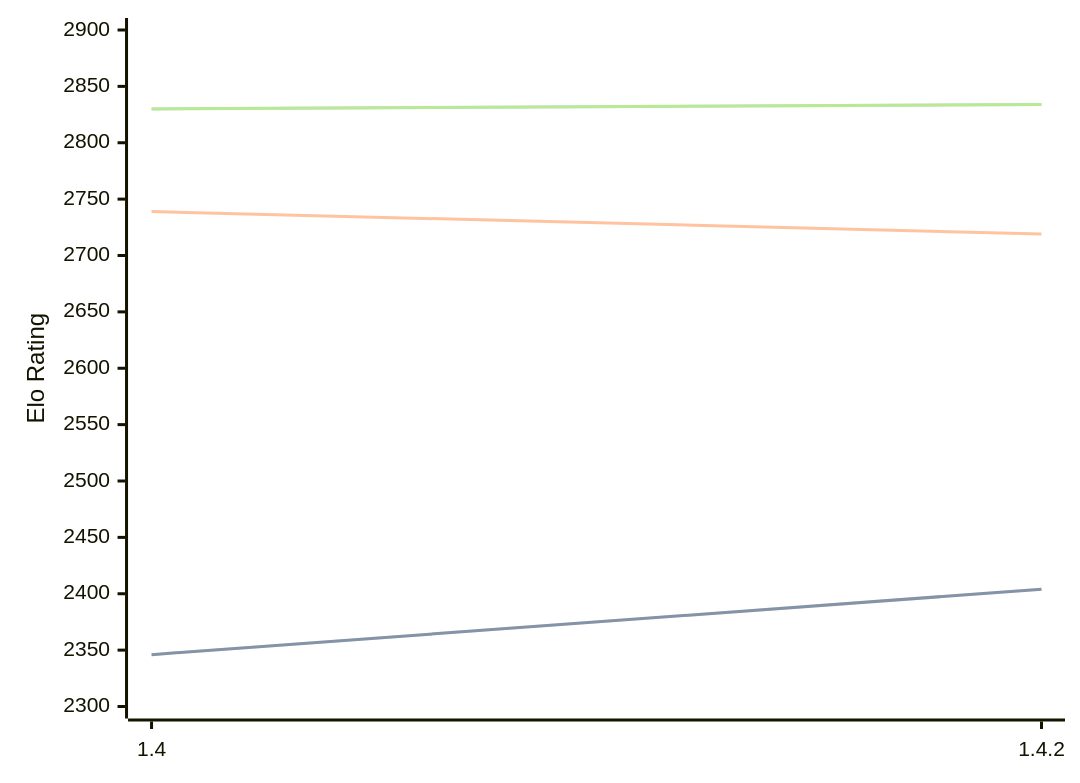
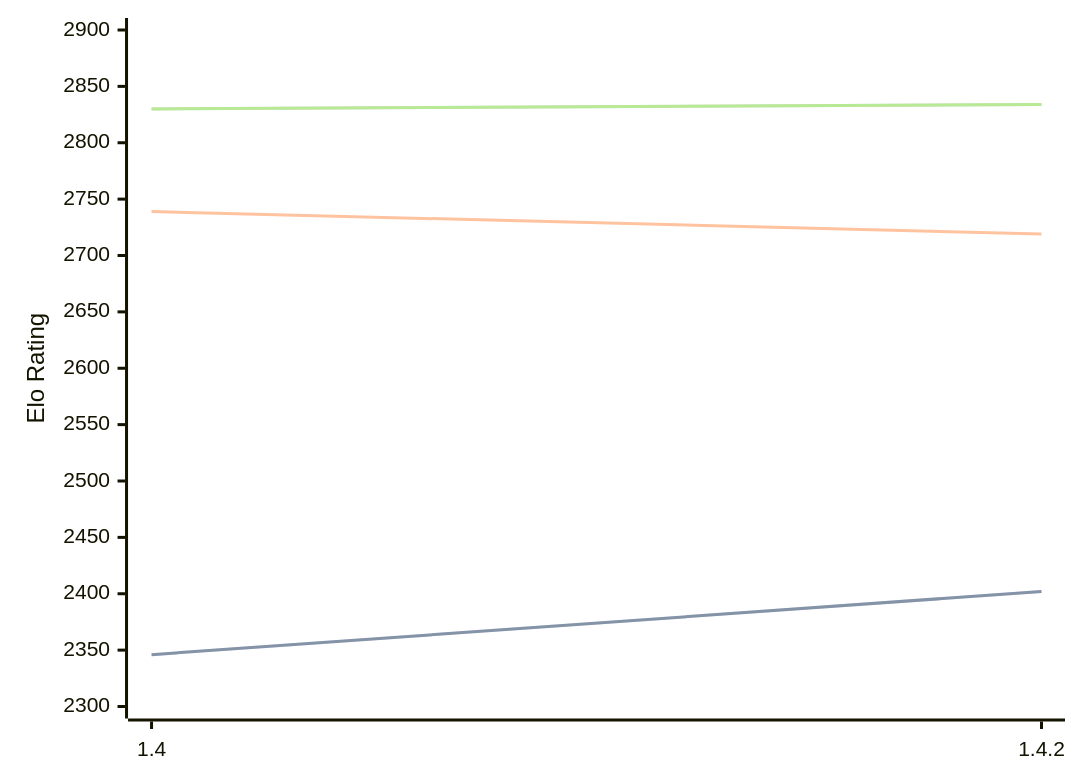
Before and after one commit to computer-chess-index/cci: the diagram in engines/Spike.md, drawn with Mermaid. The commit also changed other lines of this file, not shown here.

````diff
--- a/engines/Spike.md
+++ b/engines/Spike.md
@@ -32,11 +32,11 @@
 ```mermaid
 %%{init: {"theme":"base","themeVariables":{"seriesColors:['#a3a3a3','#222221','#faa371']}}}%%
 xychart-beta
   x-axis ["1.4", "1.4.2"]
   y-axis "Elo Rating" 2300 --> 2900
-  line "" [2346, 2404]
-  line "STC (8.0+0.08s)" [2346, 2404]
+  line "" [2346, 2402]
+  line "STC (8.0+0.08s)" [2346, 2402]
   line "LTC (60.0+0.60s)" [2739, 2719]
   line "" [2830, 2834]
   line "VLTC (2m24s+1.12s)" [2830, 2834]
 ```
````
